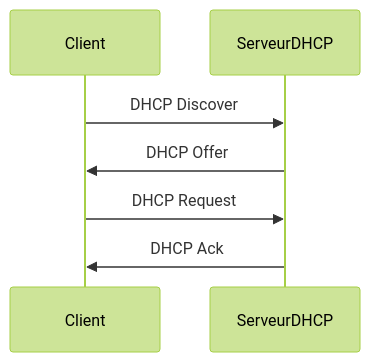
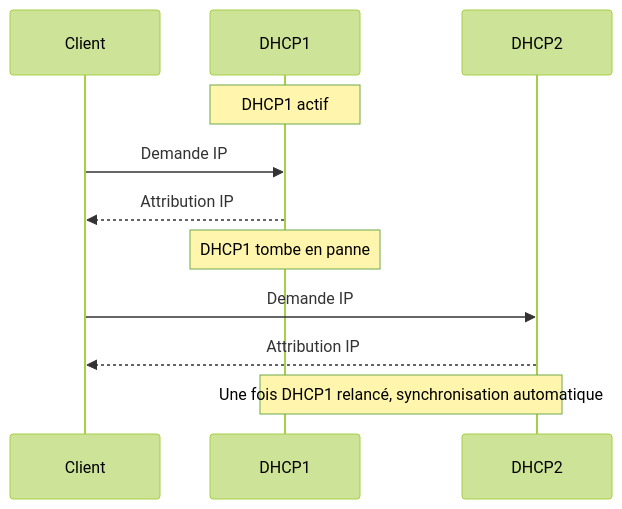
One commit to 0xCyberLiTech/DHCP changed the second of 2 diagrams in DHCP-SERVER-INSTALLATION.md. Above: the diagram before and after it, drawn with Mermaid (forest theme). The commit also changed other lines of this file, not shown here.

First line of the commit message:
Revise DHCP server installation guide for failover

````diff
--- a/DHCP-SERVER-INSTALLATION.md
+++ b/DHCP-SERVER-INSTALLATION.md
@@ -93,9 +241,16 @@
 ```mermaid
 sequenceDiagram
-  participant Client
-  participant ServeurDHCP
-  Client->>ServeurDHCP: DHCP Discover
-  ServeurDHCP->>Client: DHCP Offer
-  Client->>ServeurDHCP: DHCP Request
-  ServeurDHCP->>Client: DHCP Ack
+    participant Client
+    participant DHCP1
+    participant DHCP2
+
+    Note over DHCP1: DHCP1 actif
+    Client->>DHCP1: Demande IP
+    DHCP1-->>Client: Attribution IP
+
+    Note over DHCP1: DHCP1 tombe en panne
+    Client->>DHCP2: Demande IP
+    DHCP2-->>Client: Attribution IP
+
+    Note over DHCP1,DHCP2: Une fois DHCP1 relancé, synchronisation automatique
 ```
````
